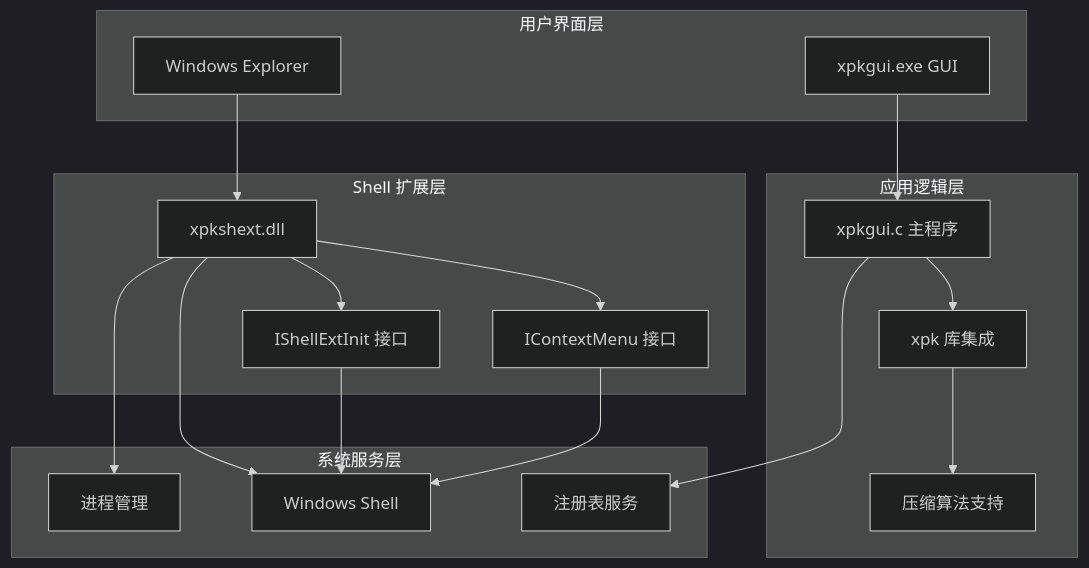
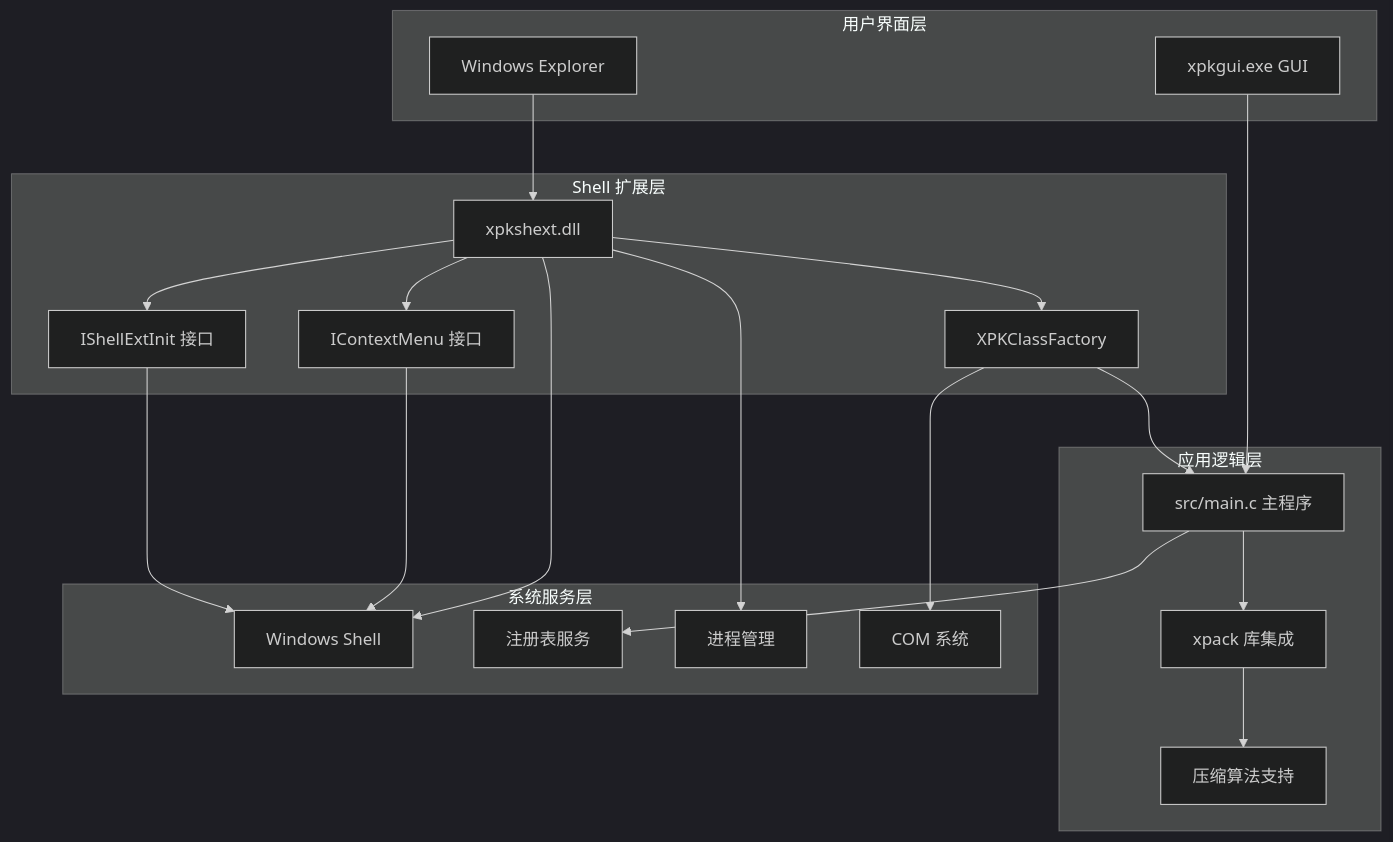
Before and after one commit to xywhsoft/xpack: the fourth of 11 diagrams in .qoder/repowiki/zh/content/开发者指南/xpkgui Windows Shell 扩展.md, drawn with Mermaid (dark theme). The commit also changed other lines of this file and 14 other files, not shown here.

````diff
--- a/.qoder/repowiki/zh/content/开发者指南/xpkgui Windows Shell 扩展.md
+++ b/.qoder/repowiki/zh/content/开发者指南/xpkgui Windows Shell 扩展.md
@@ -142,33 +184,38 @@
 ```mermaid
 graph TB
 subgraph "用户界面层"
 A[Windows Explorer]
 B[xpkgui.exe GUI]
 end
 subgraph "Shell 扩展层"
 C[xpkshext.dll]
 D[IContextMenu 接口]
 E[IShellExtInit 接口]
+F[XPKClassFactory]
 end
 subgraph "应用逻辑层"
-F[xpkgui.c 主程序]
-G[xpk 库集成]
-H[压缩算法支持]
+G[src/main.c 主程序]
+H[xpack 库集成]
+I[压缩算法支持]
 end
 subgraph "系统服务层"
-I[Windows Shell]
-J[注册表服务]
-K[进程管理]
+J[Windows Shell]
+K[注册表服务]
+L[进程管理]
+M[COM 系统]
 end
 A --> C
-B --> F
+B --> G
 C --> D
 C --> E
+C --> F
 F --> G
 G --> H
-C --> I
-D --> I
-E --> I
-F --> J
-C --> K
+H --> I
+C --> J
+D --> J
+E --> J
+F --> M
+G --> K
+C --> L
 ```
````
